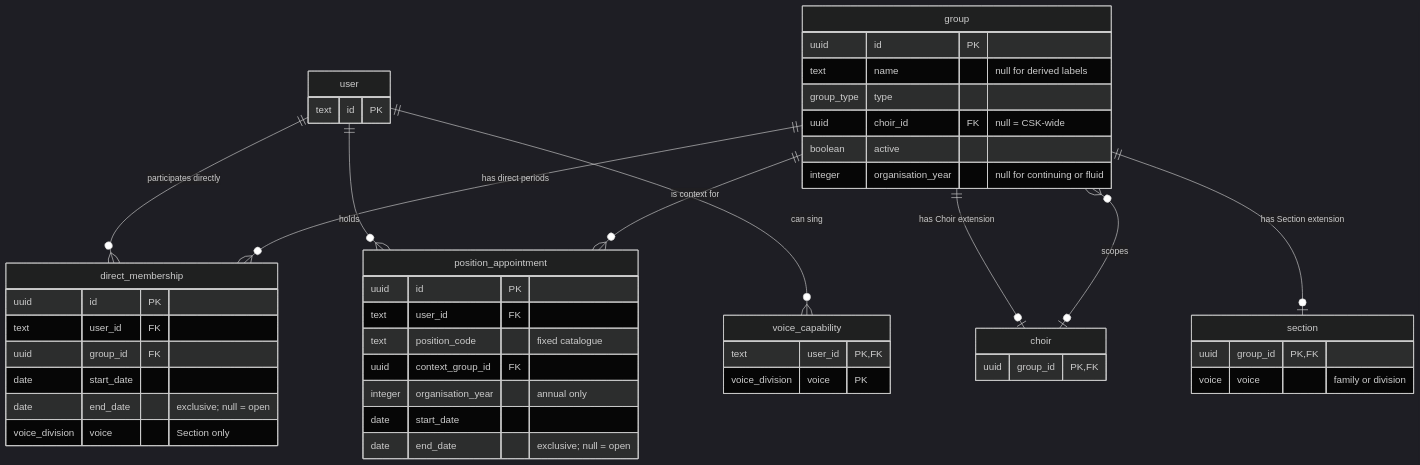
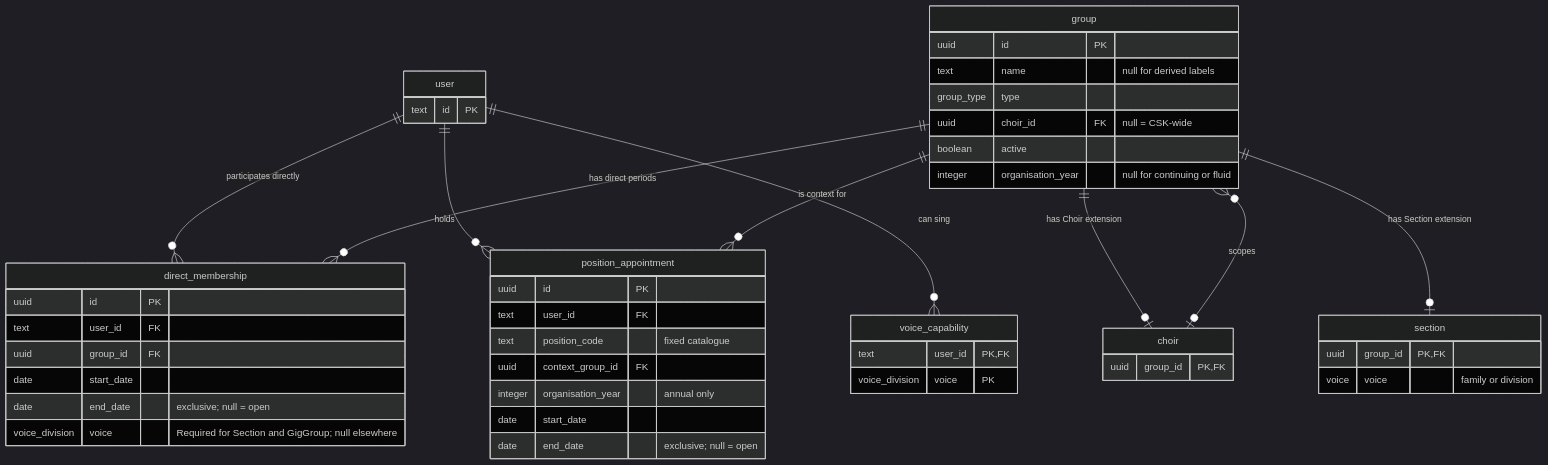
The diagram in docs/schemas/Groups - DB Scheme.md (herr-ek/csk-hub), drawn with Mermaid (dark theme) before and after one commit. The commit also changed other lines of this file and 21 other files, not shown here.

First line of the commit message:
feat(org): require Voice divisions for gig memberships

````diff
--- a/docs/schemas/Groups - DB Scheme.md
+++ b/docs/schemas/Groups - DB Scheme.md
@@ -576,51 +579,51 @@
 ```mermaid
 erDiagram
     user {
         text id PK
     }
     group {
         uuid id PK
         text name "null for derived labels"
         group_type type
         uuid choir_id FK "null = CSK-wide"
         boolean active
         integer organisation_year "null for continuing or fluid"
     }
     choir {
         uuid group_id PK, FK
     }
     section {
         uuid group_id PK, FK
         voice voice "family or division"
     }
     direct_membership {
         uuid id PK
         text user_id FK
         uuid group_id FK
         date start_date
         date end_date "exclusive; null = open"
-        voice_division voice "Section only"
+        voice_division voice "Required for Section and GigGroup; null elsewhere"
     }
     position_appointment {
         uuid id PK
         text user_id FK
         text position_code "fixed catalogue"
         uuid context_group_id FK
         integer organisation_year "annual only"
         date start_date
         date end_date "exclusive; null = open"
     }
     voice_capability {
         text user_id PK, FK
         voice_division voice PK
     }
 
     group ||--o| choir : "has Choir extension"
     group ||--o| section : "has Section extension"
     choir |o--o{ group : "scopes"
     user ||--o{ direct_membership : "participates directly"
     group ||--o{ direct_membership : "has direct periods"
     user ||--o{ position_appointment : "holds"
     group ||--o{ position_appointment : "is context for"
     user ||--o{ voice_capability : "can sing"
 ```
````
